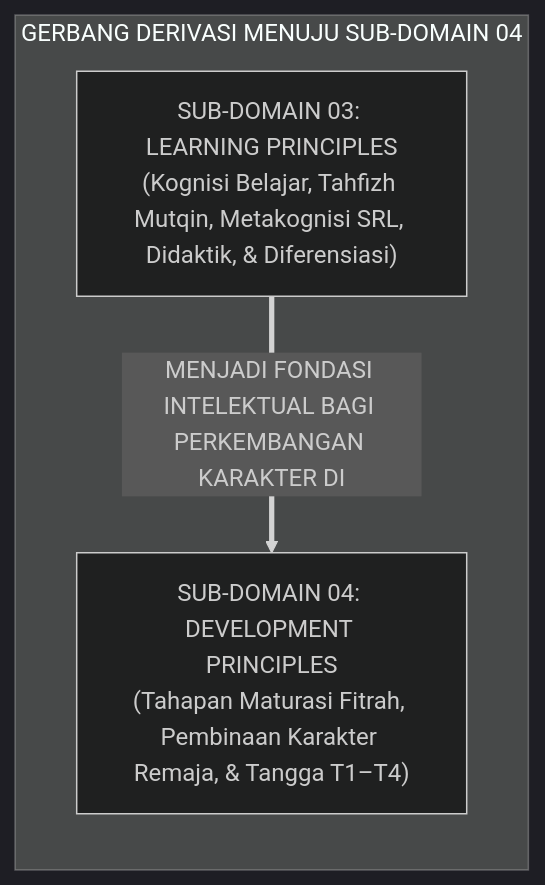
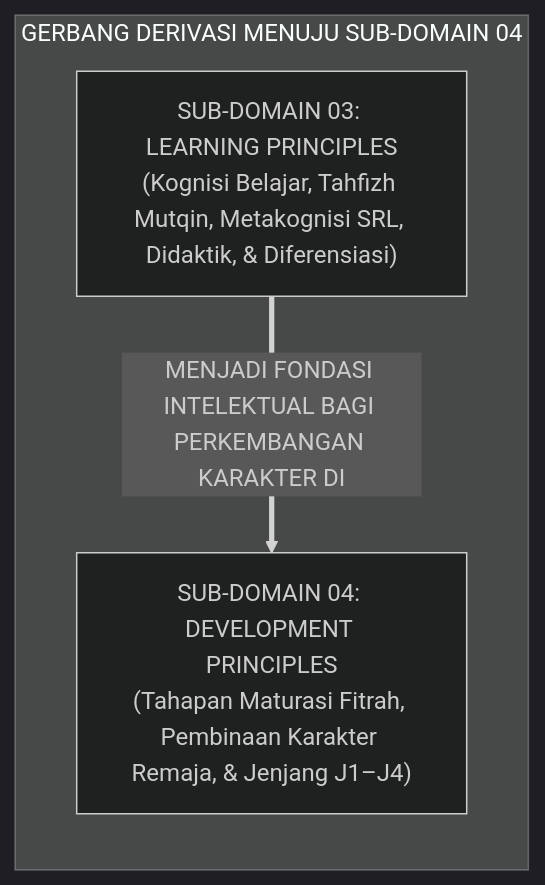
Before and after one commit to wandiapriliyandi/tumbuh: the third of 3 diagrams in 02 Principles/03 Learning Principles/P2-03-Prinsip-Psikologi-Belajar-TUMBUH.md, drawn with Mermaid (dark theme). The commit also changed 209 other files, not shown here.

Commit message:
refactor(terminology): differentiate Jenjang J1-J4 from 10 Tahapan (Tahu s/d Pemberdaya)

````diff
--- a/02 Principles/03 Learning Principles/P2-03-Prinsip-Psikologi-Belajar-TUMBUH.md
+++ b/02 Principles/03 Learning Principles/P2-03-Prinsip-Psikologi-Belajar-TUMBUH.md
@@ -123,10 +123,10 @@
 ```mermaid
 graph LR
     subgraph GerbangDerivasiDevelopmentPrinciples["GERBANG DERIVASI MENUJU SUB-DOMAIN 04"]
         D2_03["SUB-DOMAIN 03: LEARNING PRINCIPLES<br/>(Kognisi Belajar, Tahfizh Mutqin, Metakognisi SRL, Didaktik, & Diferensiasi)"]
         
-        D2_04["SUB-DOMAIN 04: DEVELOPMENT PRINCIPLES<br/>(Tahapan Maturasi Fitrah, Pembinaan Karakter Remaja, & Tangga T1–T4)"]
+        D2_04["SUB-DOMAIN 04: DEVELOPMENT PRINCIPLES<br/>(Tahapan Maturasi Fitrah, Pembinaan Karakter Remaja, & Jenjang J1–J4)"]
         
         D2_03 ==>|MENJADI FONDASI INTELEKTUAL BAGI PERKEMBANGAN KARAKTER DI| D2_04
     end
 ```
````
